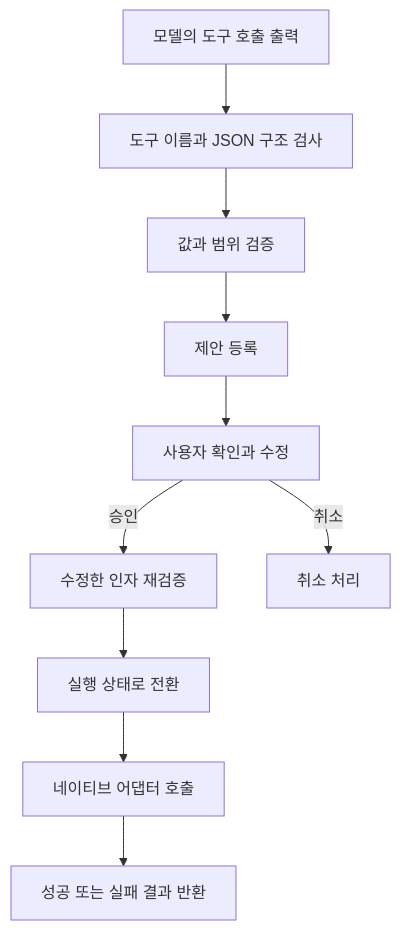
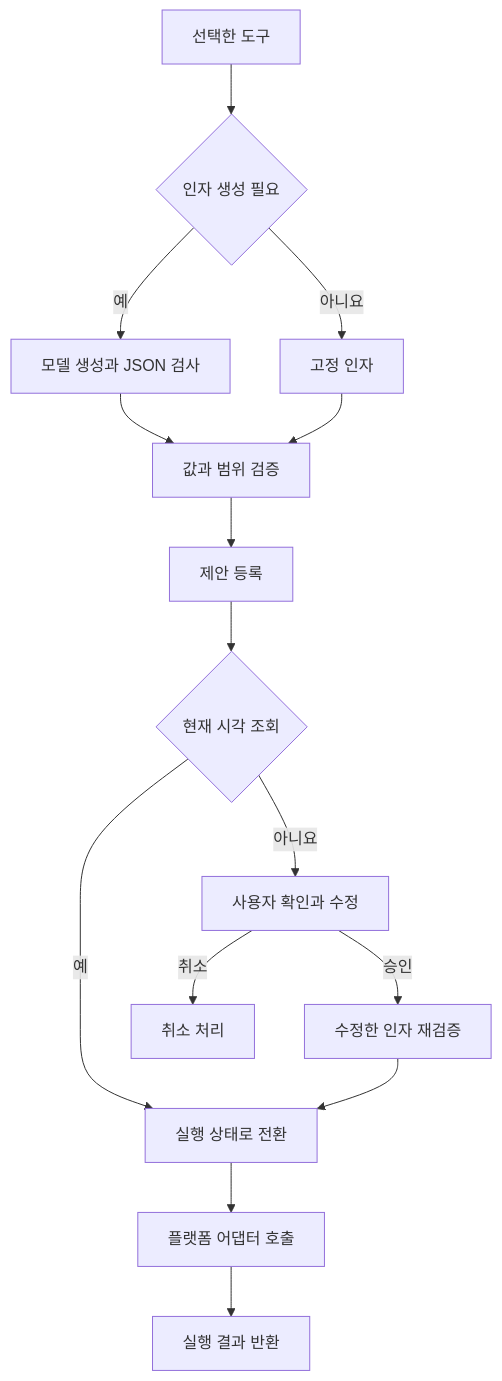
Before and after one commit to pysunn14/docs-beolmuri-ai: the diagram in src/content/docs/technical-series/tool-use/proposal-execution.md, drawn with Mermaid. The commit also changed other lines of this file and 21 other files, not shown here.

Commit message:
docs: refresh shared runtime, dialogue and memory architecture

````diff
--- a/src/content/docs/technical-series/tool-use/proposal-execution.md
+++ b/src/content/docs/technical-series/tool-use/proposal-execution.md
@@ -26,12 +26,17 @@
 ```mermaid
 flowchart TD
-    G[모델의 도구 호출 출력] --> P[도구 이름과 JSON 구조 검사]
-    P --> V[값과 범위 검증]
+    S[선택한 도구] --> A{인자 생성 필요}
+    A -->|예| G[모델 생성과 JSON 검사]
+    A -->|아니요| F[고정 인자]
+    G --> V[값과 범위 검증]
+    F --> V
     V --> R[제안 등록]
-    R --> C[사용자 확인과 수정]
+    R --> Q{현재 시각 조회}
+    Q -->|예| E[실행 상태로 전환]
+    Q -->|아니요| C[사용자 확인과 수정]
     C -->|승인| V2[수정한 인자 재검증]
-    V2 --> E[실행 상태로 전환]
-    E --> N[네이티브 어댑터 호출]
-    N --> F[성공 또는 실패 결과 반환]
+    V2 --> E
+    E --> N[플랫폼 어댑터 호출]
+    N --> O[실행 결과 반환]
     C -->|취소| X[취소 처리]
 ```
````
